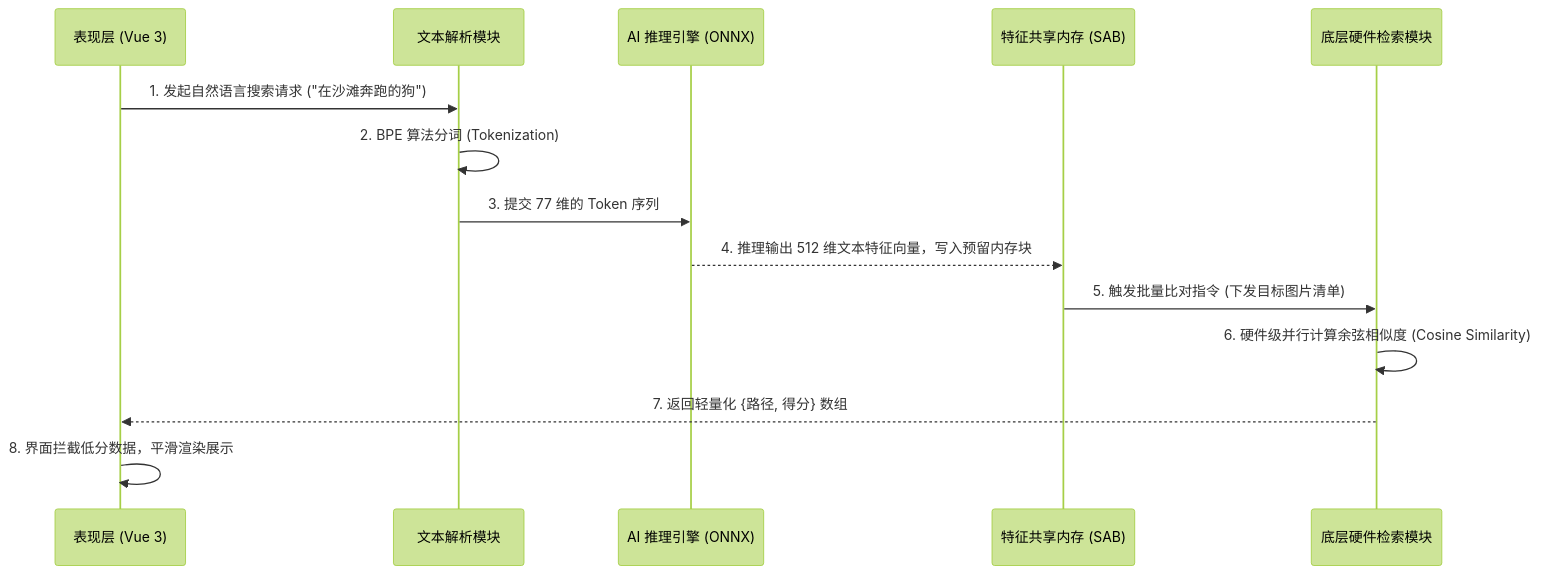
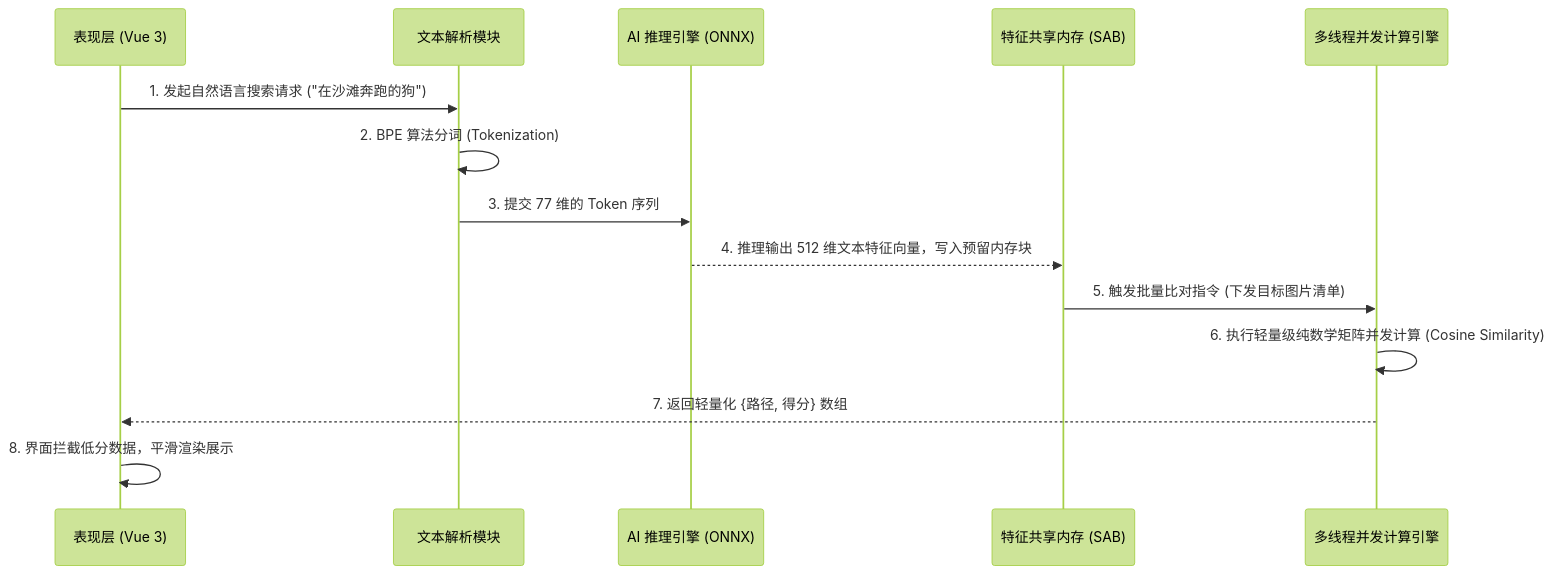
Before and after one commit to NovaMindLab/AIShare-Grabber: the diagram in wiki/features/semantic_search_architecture.md, drawn with Mermaid (forest theme). The commit also changed other lines of this file, not shown here.

Commit message:
docs(wiki): scrub hardware-specific implementation details to align with high-level software engineering management style

````diff
--- a/wiki/features/semantic_search_architecture.md
+++ b/wiki/features/semantic_search_architecture.md
@@ -13,17 +13,17 @@
 ```mermaid
 sequenceDiagram
     participant Vue as 表现层 (Vue 3)
     participant NLP as 文本解析模块
     participant ONNX as AI 推理引擎 (ONNX)
     participant Mem as 特征共享内存 (SAB)
-    participant SIMD as 底层硬件检索模块
+    participant Calc as 多线程并发计算引擎
 
     Vue->>NLP: 1. 发起自然语言搜索请求 ("在沙滩奔跑的狗")
     NLP->>NLP: 2. BPE 算法分词 (Tokenization)
     NLP->>ONNX: 3. 提交 77 维的 Token 序列
     ONNX-->>Mem: 4. 推理输出 512 维文本特征向量，写入预留内存块
-    Mem->>SIMD: 5. 触发批量比对指令 (下发目标图片清单)
-    SIMD->>SIMD: 6. 硬件级并行计算余弦相似度 (Cosine Similarity)
-    SIMD-->>Vue: 7. 返回轻量化 {路径, 得分} 数组
+    Mem->>Calc: 5. 触发批量比对指令 (下发目标图片清单)
+    Calc->>Calc: 6. 执行轻量级纯数学矩阵并发计算 (Cosine Similarity)
+    Calc-->>Vue: 7. 返回轻量化 {路径, 得分} 数组
     Vue->>Vue: 8. 界面拦截低分数据，平滑渲染展示
 ```
````
